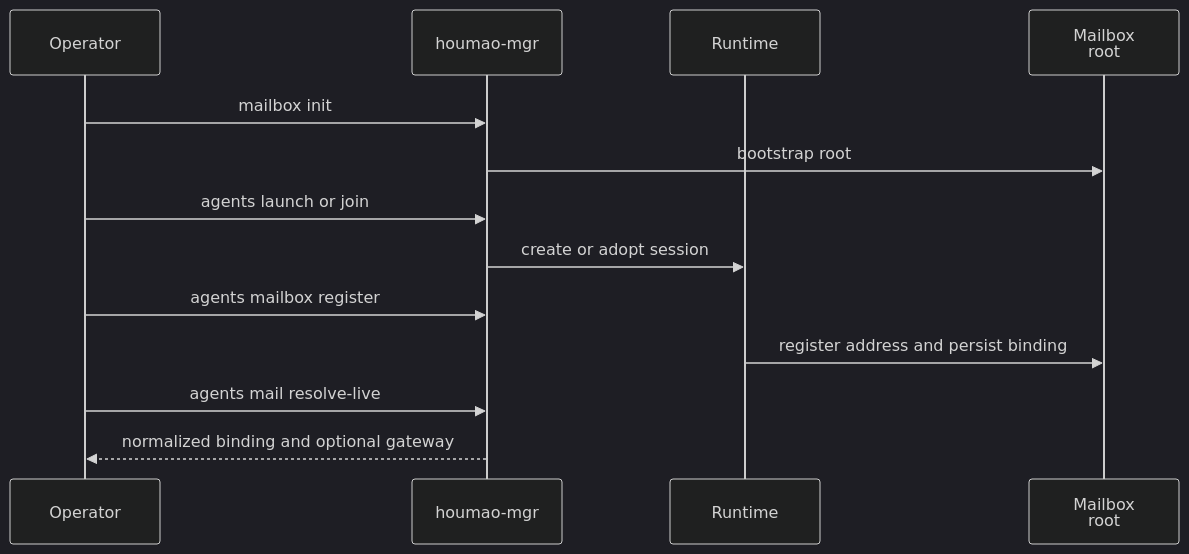
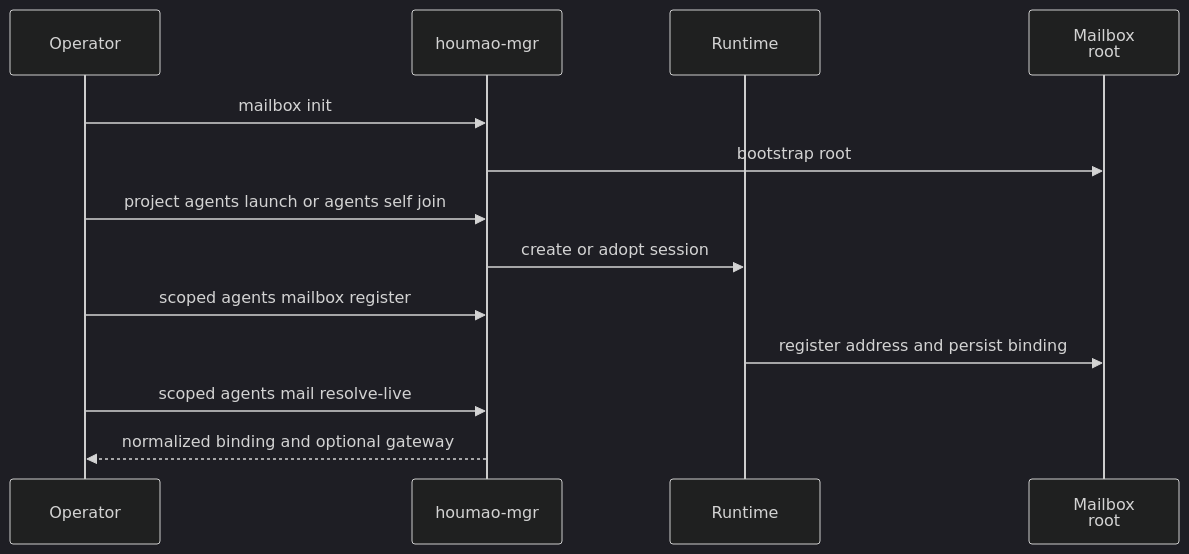
One commit to igamenovoer/houmao changed the diagram in docs/reference/mailbox/operations/common-workflows.md. Above: the diagram before and after it, drawn with Mermaid (dark theme). The commit also changed other lines of this file and 151 other files, not shown here.

````diff
--- a/docs/reference/mailbox/operations/common-workflows.md
+++ b/docs/reference/mailbox/operations/common-workflows.md
@@ -31,15 +31,15 @@
 ```mermaid
 sequenceDiagram
     participant Op as Operator
     participant CLI as houmao-mgr
     participant RT as Runtime
     participant FS as Mailbox<br/>root
     Op->>CLI: mailbox init
     CLI->>FS: bootstrap root
-    Op->>CLI: agents launch or join
+    Op->>CLI: project agents launch or agents self join
     CLI->>RT: create or adopt session
-    Op->>CLI: agents mailbox register
+    Op->>CLI: scoped agents mailbox register
     RT->>FS: register address and persist binding
-    Op->>CLI: agents mail resolve-live
+    Op->>CLI: scoped agents mail resolve-live
     CLI-->>Op: normalized binding and optional gateway
 ```
````
